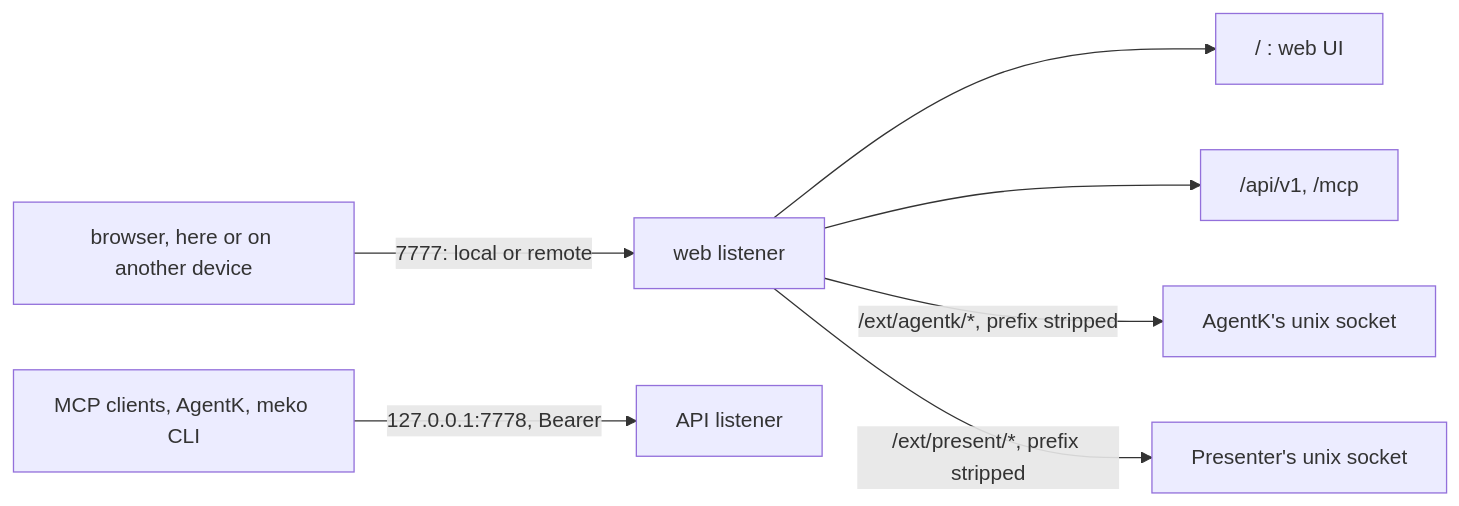
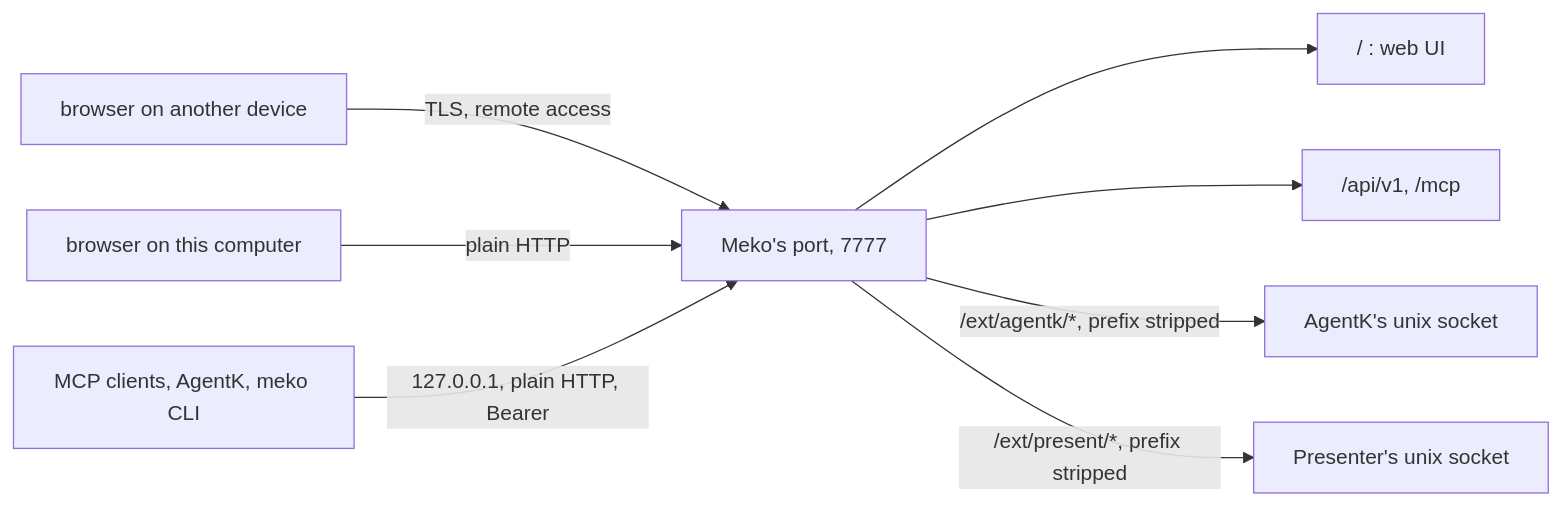
One commit to yugabyte/meko changed the diagram in src/meko/docs/web.md. Above: the diagram before and after it, drawn with Mermaid. The commit also changed other lines of this file and 64 other files, not shown here.

````diff
--- a/src/meko/docs/web.md
+++ b/src/meko/docs/web.md
@@ -9,9 +10,10 @@
 ```mermaid
 flowchart LR
-  b["browser, here or on another device"] -->|"7777: local or remote"| web["web listener"]
-  web --> ui["/ : web UI"]
-  web --> data["/api/v1, /mcp"]
-  web -->|"/ext/agentk/*, prefix stripped"| sock["AgentK's unix socket"]
-  web -->|"/ext/present/*, prefix stripped"| psock["Presenter's unix socket"]
-  agents["MCP clients, AgentK, meko CLI"] -->|"127.0.0.1:7778, Bearer"| api["API listener"]
+  b["browser on another device"] -->|"TLS, remote access"| port["Meko's port, 7777"]
+  bh["browser on this computer"] -->|"plain HTTP"| port
+  agents["MCP clients, AgentK, meko CLI"] -->|"127.0.0.1, plain HTTP, Bearer"| port
+  port --> ui["/ : web UI"]
+  port --> data["/api/v1, /mcp"]
+  port -->|"/ext/agentk/*, prefix stripped"| sock["AgentK's unix socket"]
+  port -->|"/ext/present/*, prefix stripped"| psock["Presenter's unix socket"]
 ```
````
